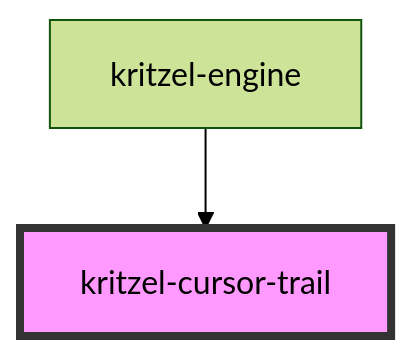
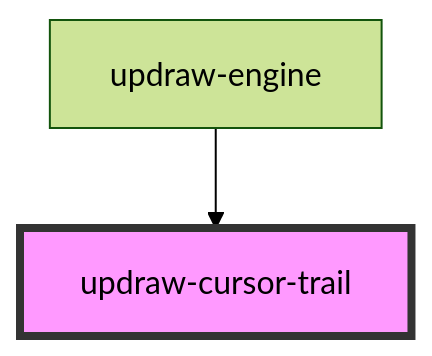
Before and after one commit to kasual1/kritzel: the diagram in libs/engine/core/src/components/updraw-cursor-trail/readme.md, drawn with Mermaid (forest theme). The commit also changed other lines of this file and 1129 other files, not shown here.

First line of the commit message:
Replace kritzel with updraw across the codebase

````diff
--- a/libs/engine/core/src/components/updraw-cursor-trail/readme.md
+++ b/libs/engine/core/src/components/updraw-cursor-trail/readme.md
@@ -22,5 +22,5 @@
 ```mermaid
 graph TD;
-  kritzel-engine --> kritzel-cursor-trail
-  style kritzel-cursor-trail fill:#f9f,stroke:#333,stroke-width:4px
+  updraw-engine --> updraw-cursor-trail
+  style updraw-cursor-trail fill:#f9f,stroke:#333,stroke-width:4px
 ```
````
